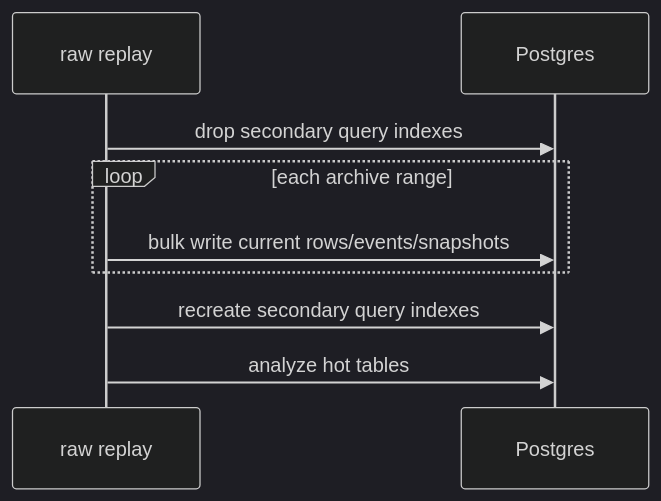
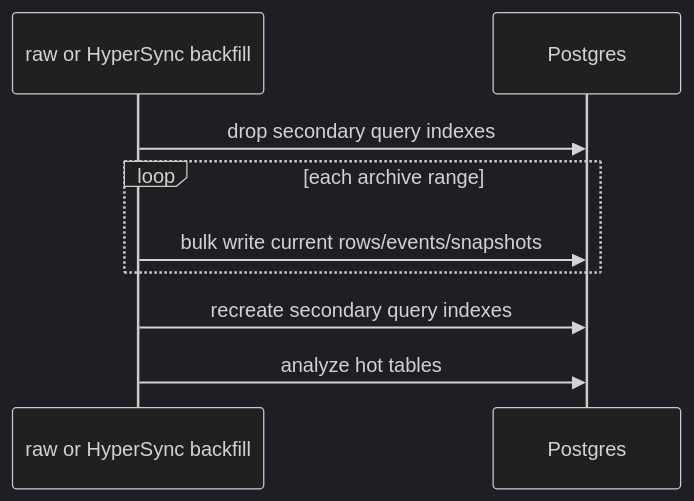
The second of 2 diagrams in docs/performance-and-benchmarks.md (thenamespace/ensindexer-rs), drawn with Mermaid (dark theme) before and after one commit. The commit also changed other lines of this file and 29 other files, not shown here.

````diff
--- a/docs/performance-and-benchmarks.md
+++ b/docs/performance-and-benchmarks.md
@@ -155,12 +155,12 @@
 ```mermaid
 sequenceDiagram
-    participant Replay as raw replay
+    participant Replay as raw or HyperSync backfill
     participant Pg as Postgres
 
     Replay->>Pg: drop secondary query indexes
     loop each archive range
         Replay->>Pg: bulk write current rows/events/snapshots
     end
     Replay->>Pg: recreate secondary query indexes
     Replay->>Pg: analyze hot tables
 ```
````
